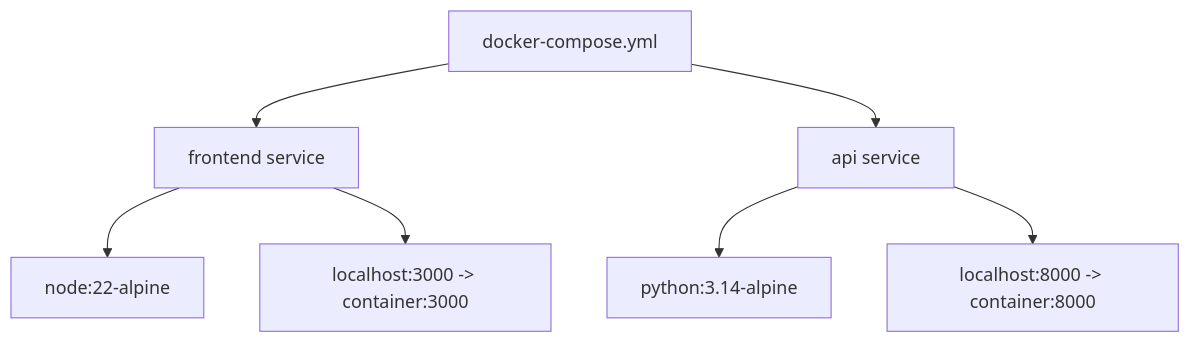
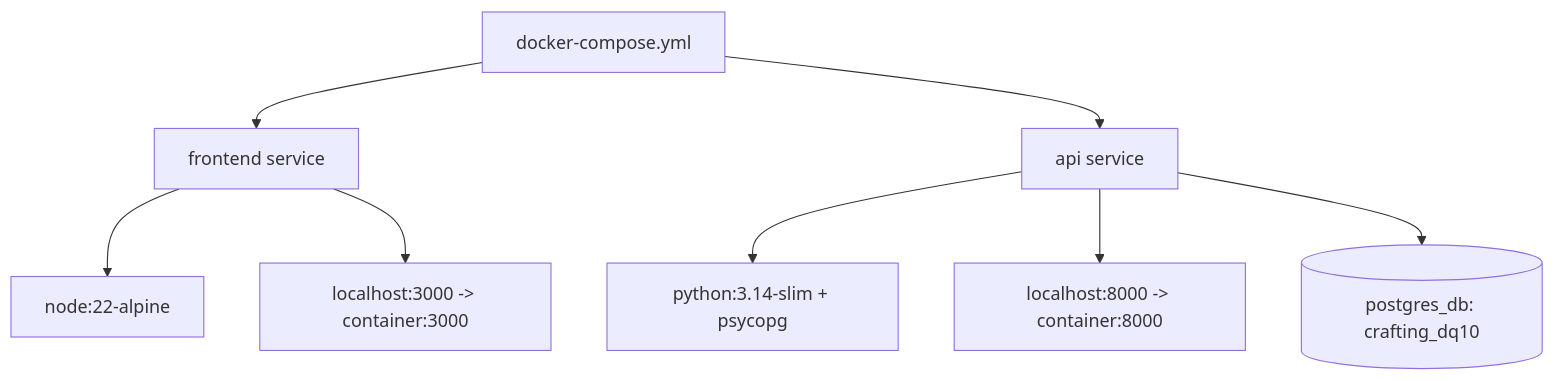
One commit to kwdch013/crafting_dq10 changed the second of 2 diagrams in docs/design/01-architecture.md. Above: the diagram before and after it, drawn with Mermaid. The commit also changed other lines of this file and 5 other files, not shown here.

````diff
--- a/docs/design/01-architecture.md
+++ b/docs/design/01-architecture.md
@@ -153,9 +153,10 @@
 ```mermaid
 flowchart TB
   Compose[docker-compose.yml] --> Front[frontend service]
   Compose --> Api[api service]
   Front --> Node[node:22-alpine]
-  Api --> Python[python:3.14-alpine]
+  Api --> Python[python:3.14-slim + psycopg]
   Front --> PortFront[localhost:3000 -> container:3000]
   Api --> PortApi[localhost:8000 -> container:8000]
+  Api --> Db[(postgres_db: crafting_dq10)]
 ```
````
